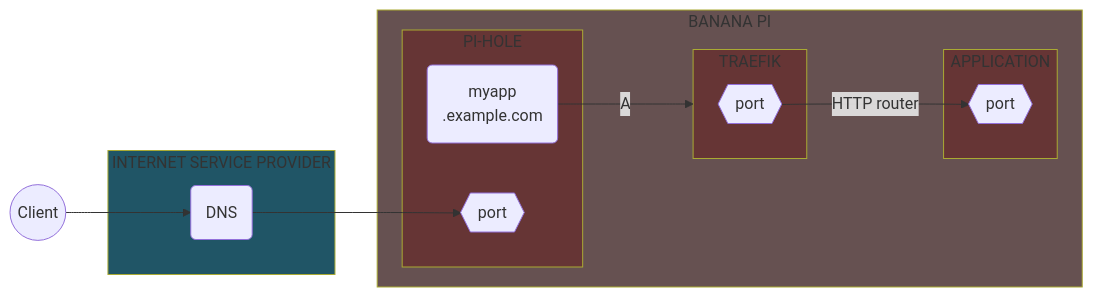
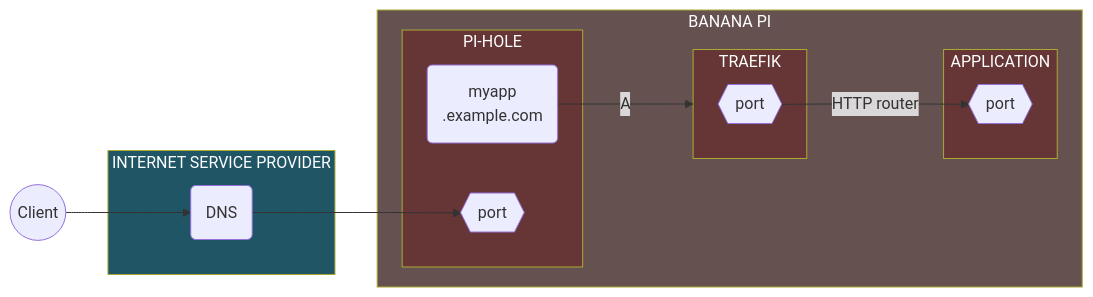
Before and after one commit to Yann39/self-hosted: the fourth of 19 diagrams in README.md, drawn with Mermaid. The commit also changed other lines of this file, not shown here.

Commit message:
force white text on dark background on every mermaid diagram, so it is readable in light mode

````diff
--- a/README.md
+++ b/README.md
@@ -789,39 +789,39 @@
 ```mermaid
 flowchart LR
-    style INTERNET_SERVICE_PROVIDER fill: #205566
-    style TRAEFIK_CONTAINER fill: #663535
-    style PI_HOLE fill: #663535
-    style APPLICATION fill: #663535
-    style SINGLE_BOARD_COMPUTER fill: #665151
+    style INTERNET_SERVICE_PROVIDER fill:#205566,color:#fff
+    style TRAEFIK_CONTAINER fill:#663535,color:#fff
+    style PI_HOLE fill:#663535,color:#fff
+    style APPLICATION fill:#663535,color:#fff
+    style SINGLE_BOARD_COMPUTER fill:#665151,color:#fff
     CLIENT((Client))
     ISP_DNS(DNS)
     PIHOLE_DNS_MYAPP(myapp\n.example.com)
     DOCKER_TRAEFIK_PORT{{port}}
     APPLICATION_PORT{{port}}
     PIHOLE_DNS{{port}}
 
     subgraph INTERNET_SERVICE_PROVIDER[INTERNET SERVICE PROVIDER]
         ISP_DNS
     end
 
     subgraph SINGLE_BOARD_COMPUTER[BANANA PI]
         subgraph PI_HOLE[PI-HOLE]
             PIHOLE_DNS
             PIHOLE_DNS_MYAPP
         end
 
         subgraph TRAEFIK_CONTAINER[TRAEFIK]
             DOCKER_TRAEFIK_PORT
         end
 
         subgraph APPLICATION[APPLICATION]
             APPLICATION_PORT
         end
 
     end
 
     CLIENT ---> ISP_DNS
     ISP_DNS ---> PIHOLE_DNS
     PIHOLE_DNS_MYAPP --->|A| TRAEFIK_CONTAINER
     DOCKER_TRAEFIK_PORT -->|HTTP router| APPLICATION_PORT
 ```
````
